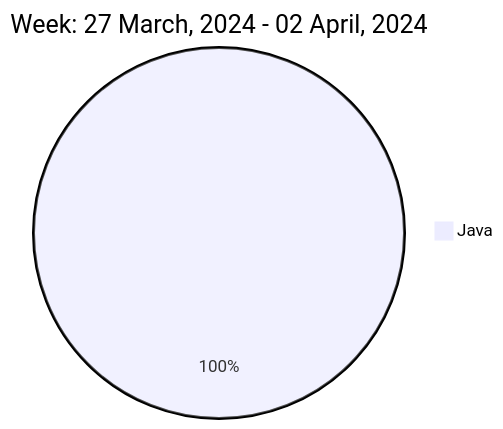
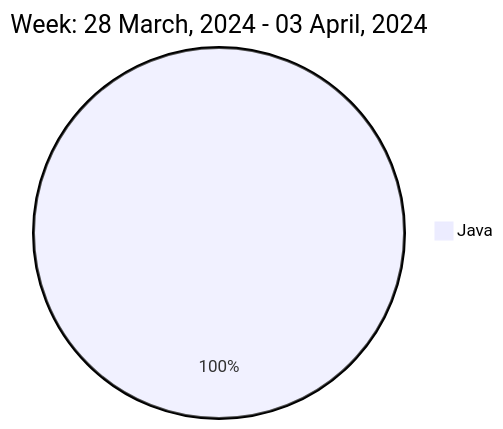
Before and after one commit to liubin95/liubin95: the diagram in README.md, drawn with Mermaid.

Commit message:
Updated the Graph with new Metrics

````diff
--- a/README.md
+++ b/README.md
@@ -37,5 +37,5 @@
 ```mermaid
  pie
-title Week: 27 March, 2024 - 02 April, 2024
- "Java" : 2.42
+title Week: 28 March, 2024 - 03 April, 2024
+ "Java" : 1.6
 ```
````
